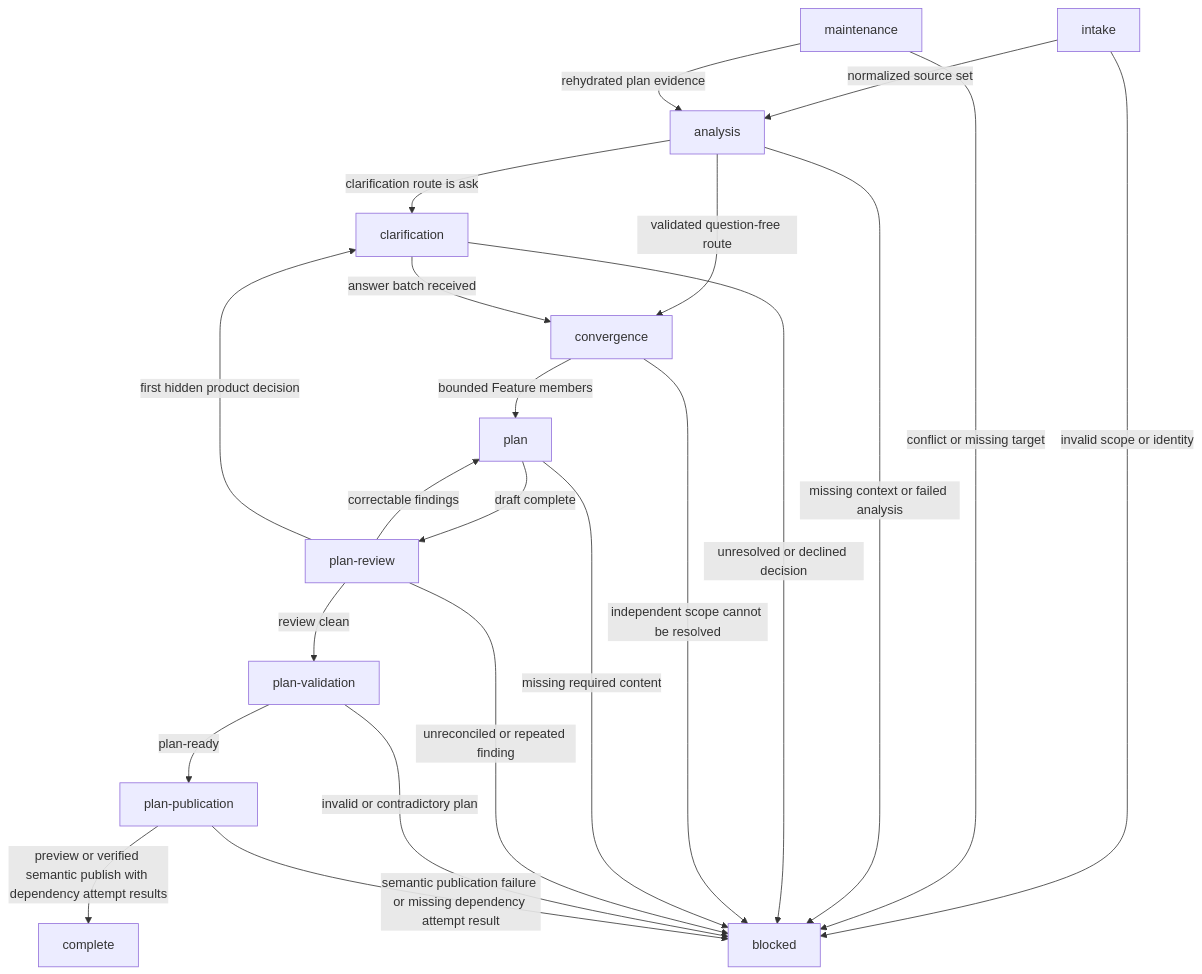
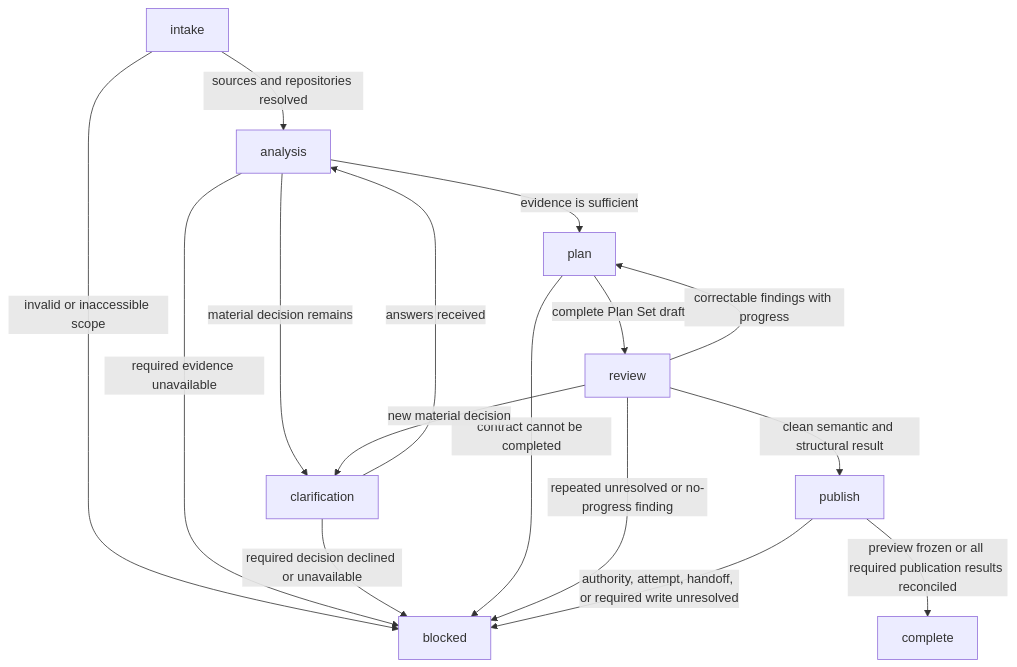
The diagram in plugins/se/skills/feature/SKILL.md (alemar11/dotagents), drawn with Mermaid before and after one commit. The commit also changed other lines of this file and 33 other files, not shown here.

```diff
--- a/plugins/se/skills/feature/SKILL.md
+++ b/plugins/se/skills/feature/SKILL.md
@@ -325,24 +158,18 @@
 ~~~mermaid
 flowchart TD
-    intake -->|normalized source set| analysis
-    maintenance -->|rehydrated plan evidence| analysis
-    intake -->|invalid scope or identity| blocked
-    maintenance -->|conflict or missing target| blocked
-    analysis -->|clarification route is ask| clarification
-    analysis -->|validated question-free route| convergence
-    analysis -->|missing context or failed analysis| blocked
-    clarification -->|answer batch received| convergence
-    clarification -->|unresolved or declined decision| blocked
-    convergence -->|bounded Feature members| plan
-    convergence -->|independent scope cannot be resolved| blocked
-    plan -->|draft complete| plan-review
-    plan -->|missing required content| blocked
-    plan-review -->|review clean| plan-validation
-    plan-review -->|correctable findings| plan
-    plan-review -->|first hidden product decision| clarification
-    plan-review -->|unreconciled or repeated finding| blocked
-    plan-validation -->|plan-ready| plan-publication
-    plan-validation -->|invalid or contradictory plan| blocked
-    plan-publication -->|preview or verified semantic publish with dependency attempt results| complete
-    plan-publication -->|semantic publication failure or missing dependency attempt result| blocked
+    intake -->|sources and repositories resolved| analysis
+    intake -->|invalid or inaccessible scope| blocked
+    analysis -->|material decision remains| clarification
+    analysis -->|evidence is sufficient| plan
+    analysis -->|required evidence unavailable| blocked
+    clarification -->|answers received| analysis
+    clarification -->|required decision declined or unavailable| blocked
+    plan -->|complete Plan Set draft| review
+    plan -->|contract cannot be completed| blocked
+    review -->|correctable findings with progress| plan
+    review -->|new material decision| clarification
+    review -->|clean semantic and structural result| publish
+    review -->|repeated unresolved or no-progress finding| blocked
+    publish -->|preview frozen or all required publication results reconciled| complete
+    publish -->|authority, attempt, handoff, or required write unresolved| blocked
 ~~~
```
